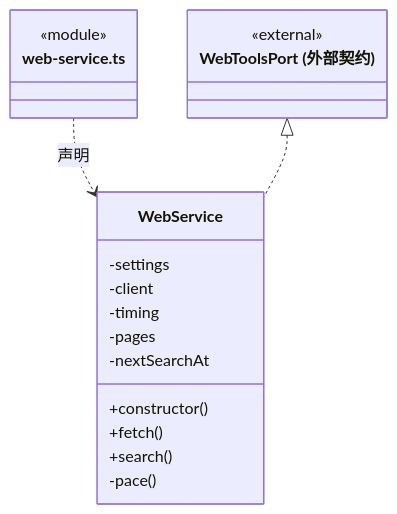
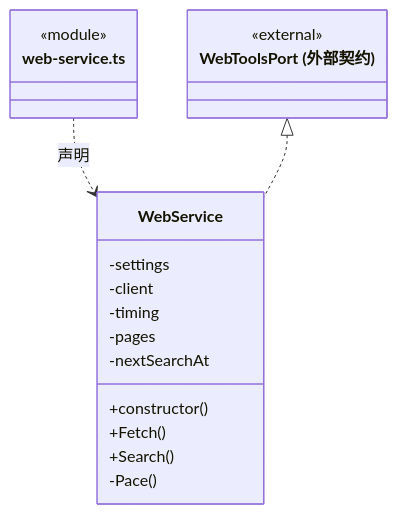
Before and after one commit to nan023062/cbim: the second of 4 diagrams in src/logic/web/service/ARCHITECTURE.md, drawn with Mermaid. The commit also changed other lines of this file and 1035 other files, not shown here.

````diff
--- a/src/logic/web/service/ARCHITECTURE.md
+++ b/src/logic/web/service/ARCHITECTURE.md
@@ -35,22 +35,22 @@
 ```mermaid
 classDiagram
 class N_src_logic_web_service_web_service_ts["web-service.ts"] {
   <<module>>
 }
 class N_src_logic_web_service_web_service_ts_WebService["WebService"] {
   +constructor()
-  +fetch()
-  +search()
+  +Fetch()
+  +Search()
   -settings
   -client
   -timing
   -pages
   -nextSearchAt
-  -pace()
+  -Pace()
 }
 N_src_logic_web_service_web_service_ts ..> N_src_logic_web_service_web_service_ts_WebService : 声明
 class N_src_logic_web_service_web_service_ts_external_WebToolsPort["WebToolsPort (外部契约)"] {
   <<external>>
 }
 N_src_logic_web_service_web_service_ts_external_WebToolsPort <|.. N_src_logic_web_service_web_service_ts_WebService
 ```
````
